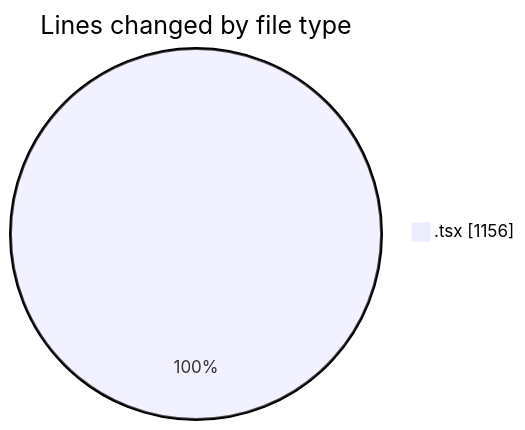
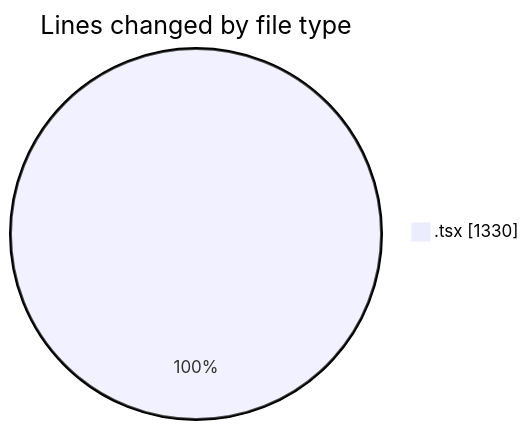
The first of 2 diagrams in 2026-02-02/nxtqube_webapp/README.md (nxtqubesakshisongat/code-tracking), drawn with Mermaid before and after one commit. The commit also changed other lines of this file and 1 other file, not shown here.

````diff
--- a/2026-02-02/nxtqube_webapp/README.md
+++ b/2026-02-02/nxtqube_webapp/README.md
@@ -23,5 +23,5 @@
 ```mermaid
 pie showData
 title Lines changed by file type
-".tsx" : 1156
+".tsx" : 1330
 ```
````
